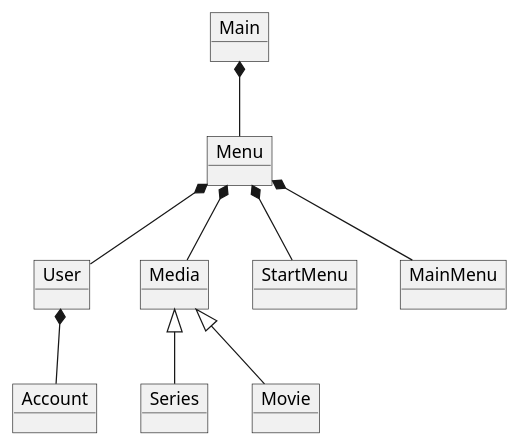
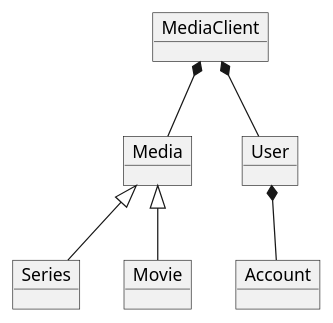
The diagram in docs/domainmodel.puml (b-rino/SP3), drawn with PlantUML before and after one commit. The commit also changed 3 other files, not shown here.

```diff
--- a/docs/domainmodel.puml
+++ b/docs/domainmodel.puml
@@ -1,26 +1,21 @@
 @startuml
 
-object Main
-object User
+object MediaClient
 object Media
 object Series
 object Movie
 object Account
-object Menu
-object StartMenu
-object MainMenu
+object User
 
 
 
-Menu *-- User
-Menu *-- Media
+MediaClient*-- User
+MediaClient *-- Media
 Media <|-- Movie
 Media <|-- Series
 User *-- Account
-Main *-- Menu
-Menu *-- StartMenu
-Menu *-- MainMenu
+
 
 
 
 @enduml
```
